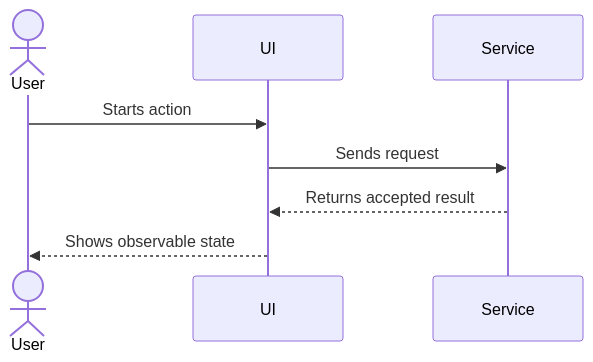
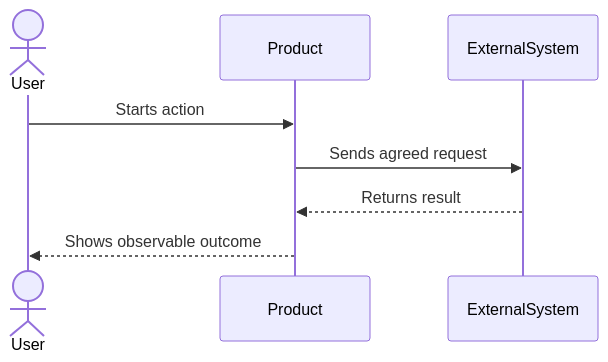
Before and after one commit to easyhaloo/afk: the second of 3 diagrams in skills/afk-ai-prd/references/diagram-guidelines.md, drawn with Mermaid. The commit also changed other lines of this file and 8 other files, not shown here.

````diff
--- a/skills/afk-ai-prd/references/diagram-guidelines.md
+++ b/skills/afk-ai-prd/references/diagram-guidelines.md
@@ -45,10 +51,10 @@
 ```mermaid
 sequenceDiagram
     actor User
-    participant UI
-    participant Service
-    User->>UI: Starts action
-    UI->>Service: Sends request
-    Service-->>UI: Returns accepted result
-    UI-->>User: Shows observable state
+    participant Product
+    participant ExternalSystem
+    User->>Product: Starts action
+    Product->>ExternalSystem: Sends agreed request
+    ExternalSystem-->>Product: Returns result
+    Product-->>User: Shows observable outcome
 ```
````
